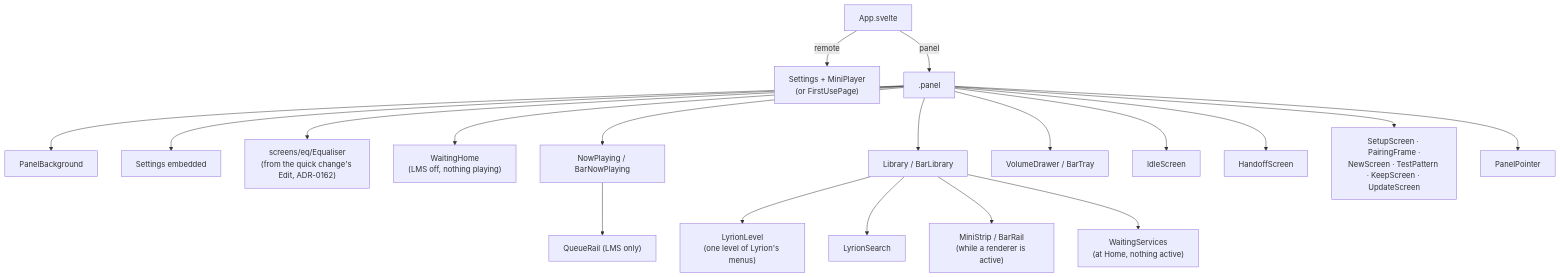
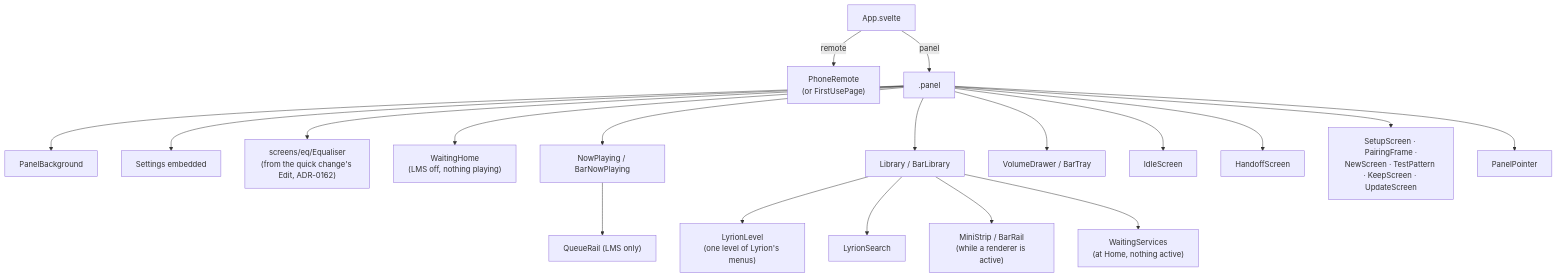
One commit to gcarstoiu/gexis-player changed the fourth of 7 diagrams in docs/tech/ui.md. Above: the diagram before and after it, drawn with Mermaid. The commit also changed other lines of this file and 8 other files, not shown here.

Commit message:
Docs: the phone remote - FAQ, README, the technical guide, HARDWARE, the plugin contract's seek, the touchpad's new messages

````diff
--- a/docs/tech/ui.md
+++ b/docs/tech/ui.md
@@ -233,22 +234,22 @@
 ```mermaid
 flowchart TD
   App[App.svelte]
-  App -->|remote| Rem["Settings + MiniPlayer<br/>(or FirstUsePage)"]
+  App -->|remote| Rem["PhoneRemote<br/>(or FirstUsePage)"]
   App -->|panel| Pan[".panel"]
   Pan --> PB[PanelBackground]
   Pan --> St[Settings embedded]
   Pan --> EQ["screens/eq/Equaliser<br/>(from the quick change's Edit, ADR-0162)"]
   Pan --> WH["WaitingHome<br/>(LMS off, nothing playing)"]
   Pan --> NP["NowPlaying / BarNowPlaying"]
   NP --> QR["QueueRail (LMS only)"]
   Pan --> Lib["Library / BarLibrary"]
   Lib --> LL["LyrionLevel<br/>(one level of Lyrion's menus)"]
   Lib --> LS[LyrionSearch]
   Lib --> MS["MiniStrip / BarRail<br/>(while a renderer is active)"]
   Lib --> WS["WaitingServices<br/>(at Home, nothing active)"]
   Pan --> VD["VolumeDrawer / BarTray"]
   Pan --> IS[IdleScreen]
   Pan --> HS[HandoffScreen]
   Pan --> Ov["SetupScreen · PairingFrame ·<br/>NewScreen · TestPattern · KeepScreen · UpdateScreen"]
   Pan --> PP[PanelPointer]
 ```
````
